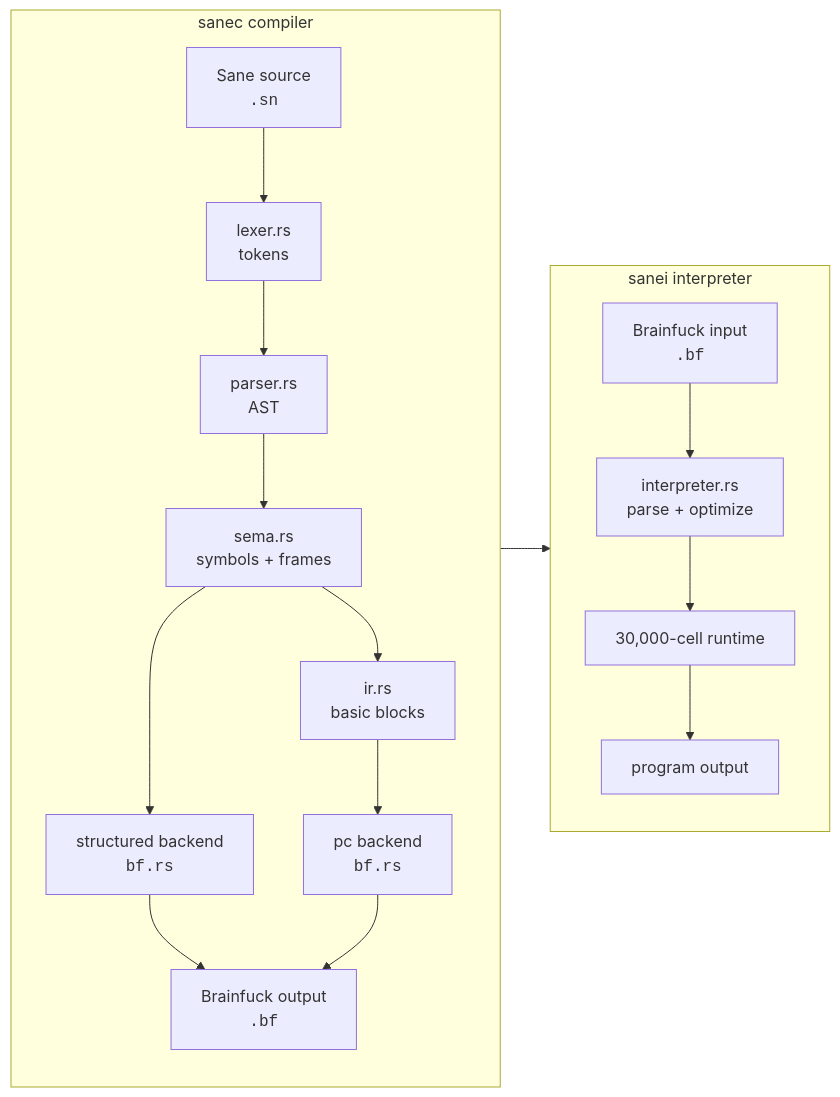
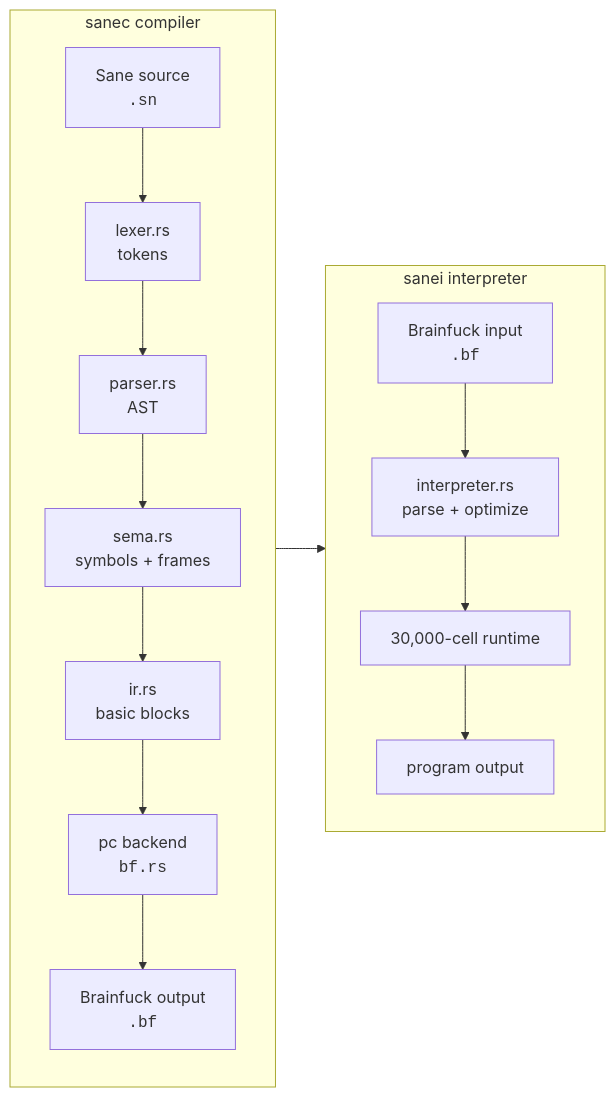
One commit to Eclipsky1337/sane changed the diagram in docs/architecture.md. Above: the diagram before and after it, drawn with Mermaid. The commit also changed other lines of this file and 12 other files, not shown here.

Commit message:
refactor: remove structured backend

````diff
--- a/docs/architecture.md
+++ b/docs/architecture.md
@@ -8,30 +8,28 @@
 ```mermaid
 flowchart LR
     subgraph compiler["sanec compiler"]
         direction TB
         source["Sane source<br/><code>.sn</code>"]
         lexer["lexer.rs<br/>tokens"]
         parser["parser.rs<br/>AST"]
         sema["sema.rs<br/>symbols + frames"]
-        structured["structured backend<br/><code>bf.rs</code>"]
         ir["ir.rs<br/>basic blocks"]
         pc["pc backend<br/><code>bf.rs</code>"]
         output["Brainfuck output<br/><code>.bf</code>"]
 
         source --> lexer --> parser --> sema
-        sema --> structured --> output
         sema --> ir --> pc --> output
     end
 
     subgraph runtime["sanei interpreter"]
         direction TB
         input["Brainfuck input<br/><code>.bf</code>"]
         parse["interpreter.rs<br/>parse + optimize"]
         execute["30,000-cell runtime"]
         result["program output"]
 
         input --> parse --> execute --> result
     end
 
     compiler --> runtime
 ```
````
